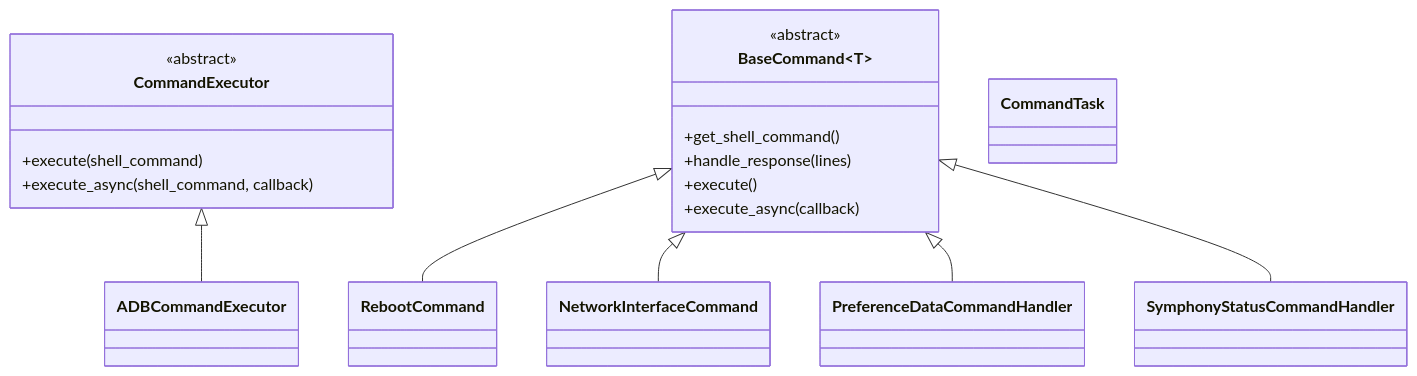
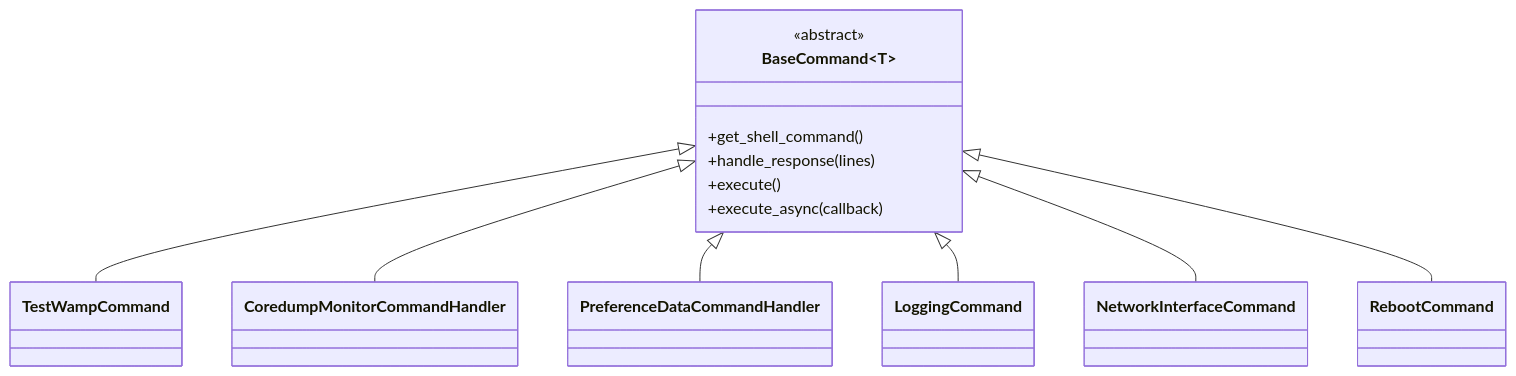
One commit to DukjunKim93/HARQS_STUDY changed the first of 6 diagrams in QSUtils-Robotframework_automation/COMMAND_DIRECTORY_OVERVIEW_KO.md. Above: the diagram before and after it, drawn with Mermaid. The commit also changed other lines of this file, not shown here.

Commit message:
docs: split command inheritance diagrams by top-level base classes

````diff
--- a/QSUtils-Robotframework_automation/COMMAND_DIRECTORY_OVERVIEW_KO.md
+++ b/QSUtils-Robotframework_automation/COMMAND_DIRECTORY_OVERVIEW_KO.md
@@ -86,30 +86,24 @@
 ```mermaid
 classDiagram
-    class CommandExecutor {
-      <<abstract>>
-      +execute(shell_command)
-      +execute_async(shell_command, callback)
-    }
-    class ADBCommandExecutor
-    CommandExecutor <|-- ADBCommandExecutor
-
     class BaseCommand~T~ {
       <<abstract>>
       +get_shell_command()
       +handle_response(lines)
       +execute()
       +execute_async(callback)
     }
 
+    class TestWampCommand
+    class CoredumpMonitorCommandHandler
+    class PreferenceDataCommandHandler
+    class LoggingCommand
+    class NetworkInterfaceCommand
     class RebootCommand
-    class NetworkInterfaceCommand
-    class PreferenceDataCommandHandler
-    class SymphonyStatusCommandHandler
 
+    BaseCommand <|-- TestWampCommand
+    BaseCommand <|-- CoredumpMonitorCommandHandler
+    BaseCommand <|-- PreferenceDataCommandHandler
+    BaseCommand <|-- LoggingCommand
+    BaseCommand <|-- NetworkInterfaceCommand
     BaseCommand <|-- RebootCommand
-    BaseCommand <|-- NetworkInterfaceCommand
-    BaseCommand <|-- PreferenceDataCommandHandler
-    BaseCommand <|-- SymphonyStatusCommandHandler
-
-    class CommandTask
 ```
````
